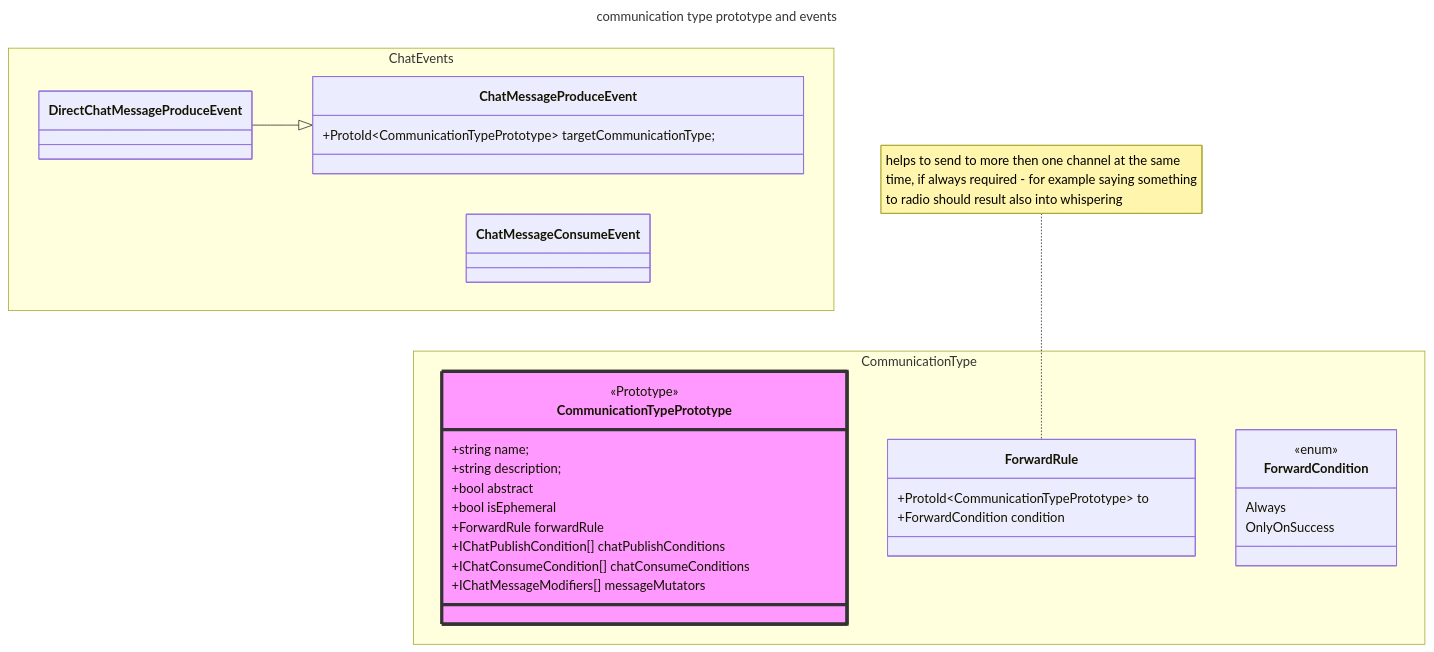
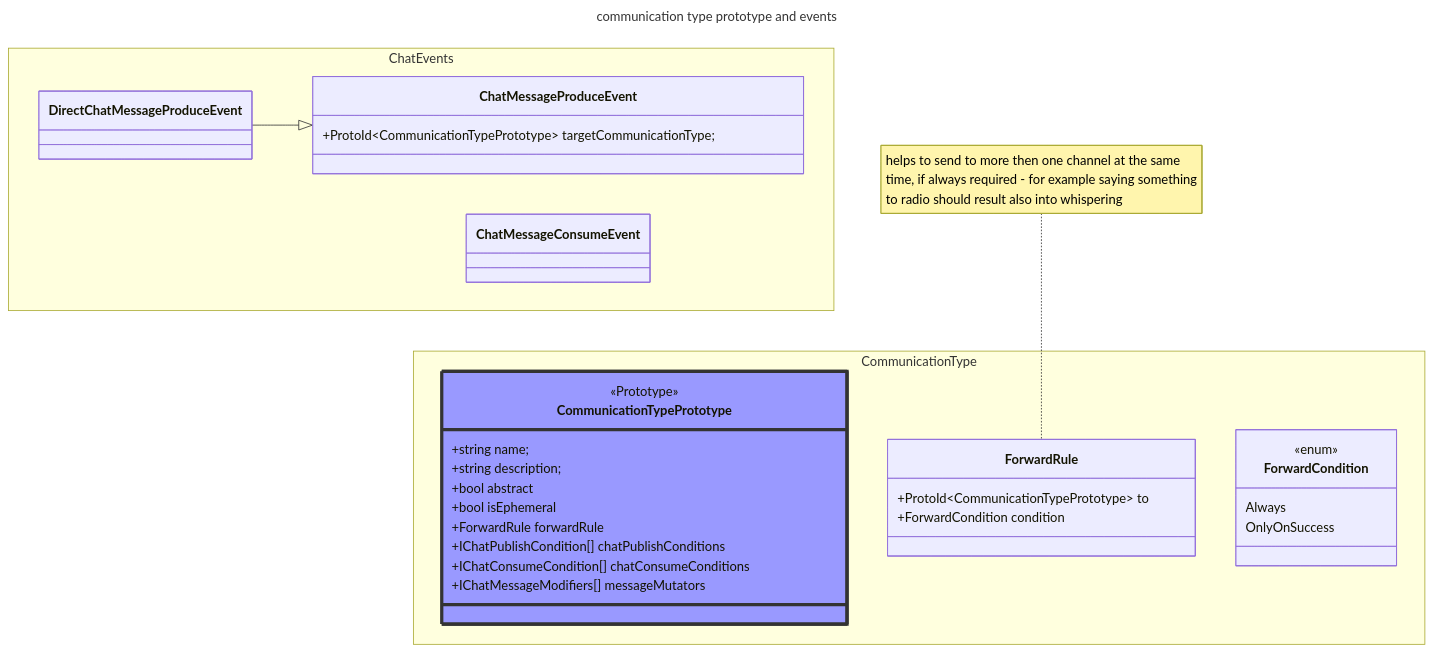
One commit to space-wizards/docs changed the first of 5 diagrams in src/en/space-station-14/chat.md. Above: the diagram before and after it, drawn with Mermaid. The commit also changed other lines of this file, not shown here.

Commit message:
fix very poor choice of color on diagram

````diff
--- a/src/en/space-station-14/chat.md
+++ b/src/en/space-station-14/chat.md
@@ -142,50 +142,50 @@
 ```mermaid
 ---
 title: communication type prototype and events
 ---
 classDiagram
 	direction BT
 	namespace CommunicationType{
 		class CommunicationTypePrototype {
 			<<Prototype>>
 			+string name;
 			+string description;
 			+bool abstract
 			+bool isEphemeral
 			+ForwardRule forwardRule
 			+IChatPublishCondition[] chatPublishConditions
 			+IChatConsumeCondition[] chatConsumeConditions
 			+IChatMessageModifiers[] messageMutators
 		}
 		class ForwardRule{
 			+ProtoId~CommunicationTypePrototype~ to
 			+ForwardCondition condition
 		}
 		class ForwardCondition{
 			<<enum>>
 			Always
 			OnlyOnSuccess
 		}
 		
 	}
 
 	note for ForwardRule "helps to send to more then one channel at the same <br>time, if always required - for example saying something <br>to radio should result also into whispering"
 
 	direction TB
 
 	namespace ChatEvents{
 		class ChatMessageProduceEvent {
 			+ProtoId~CommunicationTypePrototype~ targetCommunicationType;
 		}
 		class DirectChatMessageProduceEvent{
 
 		}
 		class ChatMessageConsumeEvent {
 
 		}
 	}	
 	
 	DirectChatMessageProduceEvent --|> ChatMessageProduceEvent
-	style CommunicationTypePrototype fill:#f9f,stroke:#333,stroke-width:4px
+	style CommunicationTypePrototype fill:#99f,stroke:#333,stroke-width:4px
 
 ```
````
